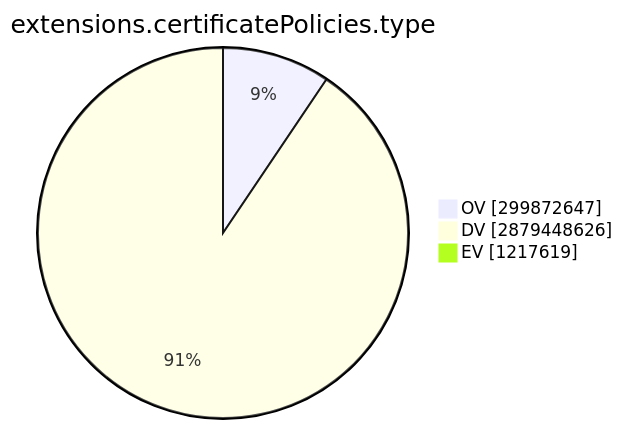
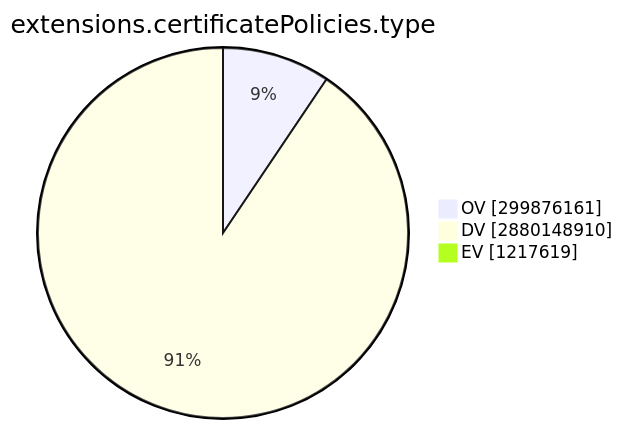
One commit to christiankrug/ctmonitor_visualization changed the ninth of 15 diagrams in TOTAL/README.md. Above: the diagram before and after it, drawn with Mermaid. The commit also changed other lines of this file, not shown here.

````diff
--- a/TOTAL/README.md
+++ b/TOTAL/README.md
@@ -3101,7 +3101,7 @@
 ```mermaid
 pie showData
 title extensions.certificatePolicies.type
-"OV" :299872647
-"DV" :2879448626
+"OV" :299876161
+"DV" :2880148910
 "EV" :1217619
 ```
````
